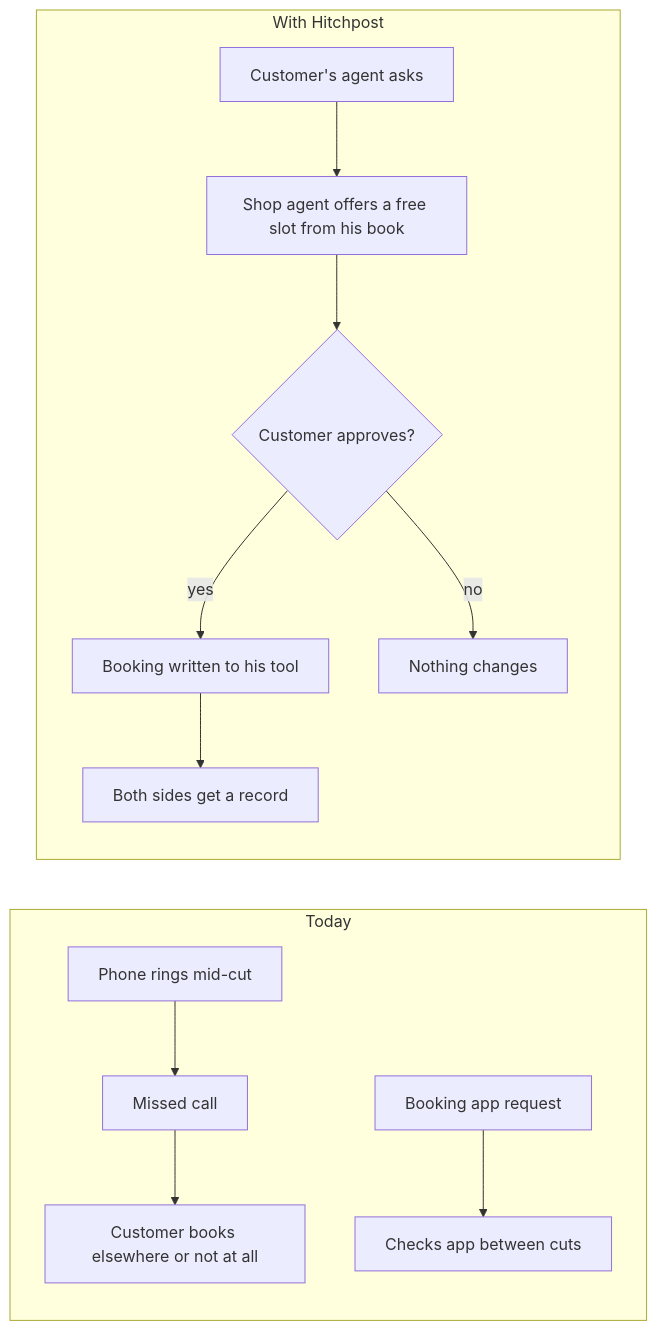
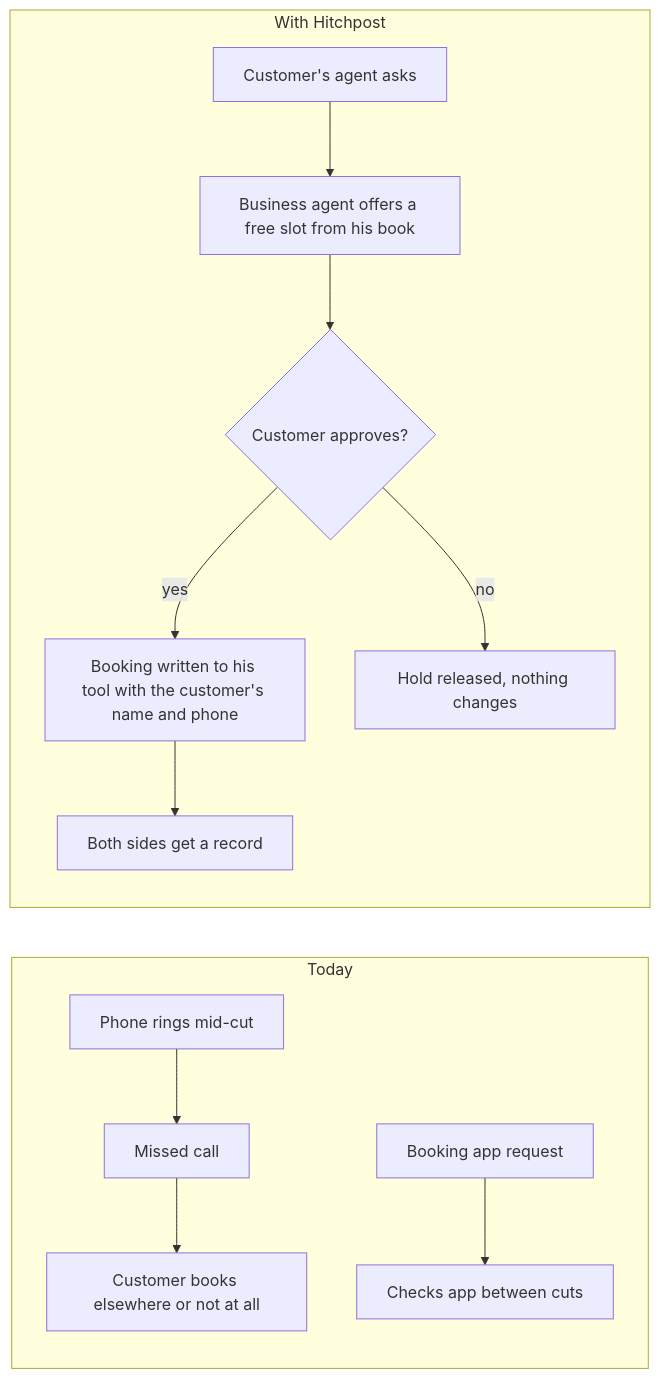
Before and after one commit to Jannisar01/hitchpost: the fourth of 6 diagrams in docs/sad/04-stakeholders-and-personas.md, drawn with Mermaid. The commit also changed other lines of this file and 23 other files, not shown here.

````diff
--- a/docs/sad/04-stakeholders-and-personas.md
+++ b/docs/sad/04-stakeholders-and-personas.md
@@ -131,15 +156,15 @@
 ```mermaid
 flowchart LR
     subgraph Today
         A1[Phone rings mid-cut] --> A2[Missed call]
         A2 --> A3[Customer books elsewhere or not at all]
         A4[Booking app request] --> A5[Checks app between cuts]
     end
     subgraph With Hitchpost
-        B1[Customer's agent asks] --> B2[Shop agent offers a free slot from his book]
+        B1[Customer's agent asks] --> B2[Business agent offers a free slot from his book]
         B2 --> B3{Customer approves?}
-        B3 -- yes --> B4[Booking written to his tool]
-        B3 -- no --> B5[Nothing changes]
+        B3 -- yes --> B4[Booking written to his tool with the customer's name and phone]
+        B3 -- no --> B5[Hold released, nothing changes]
         B4 --> B6[Both sides get a record]
     end
 ```
````
